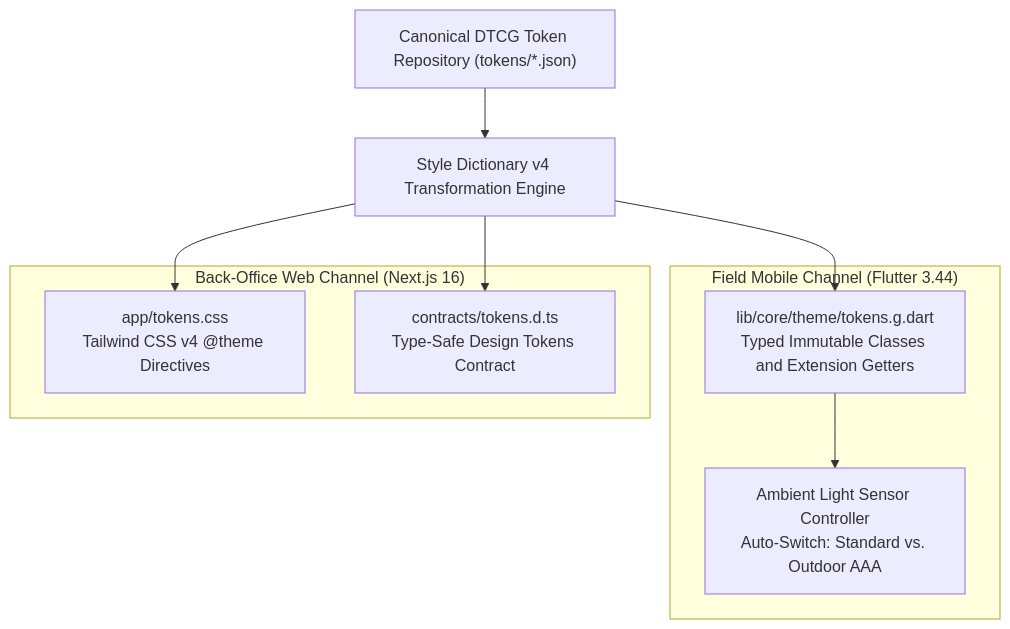
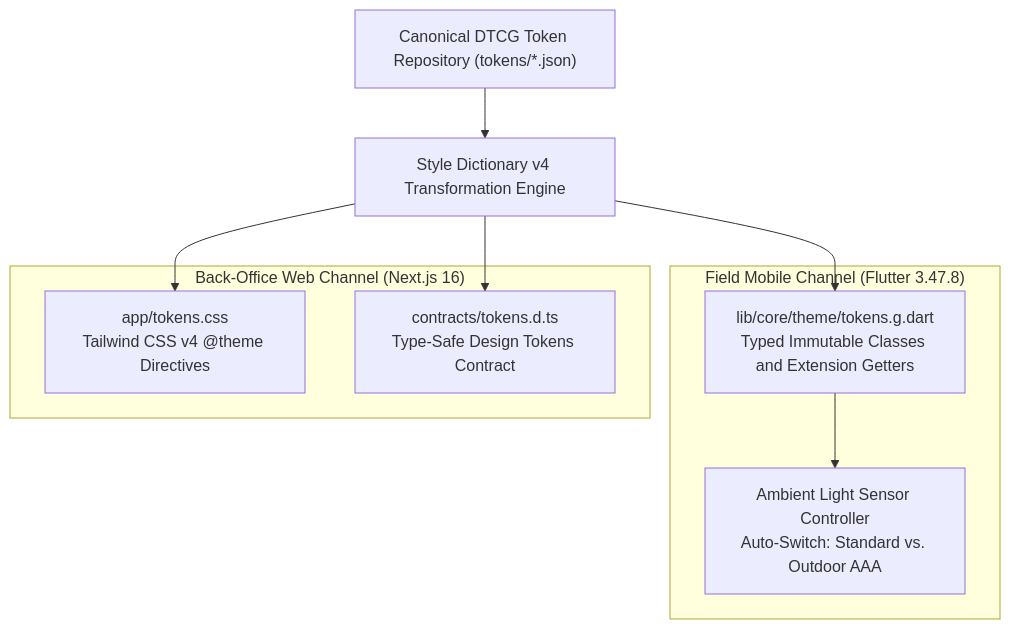
Before and after one commit to YDink/Heavy-Machinery-Logistics-Rental: the first of 8 diagrams in docs/shared/design/02-tokens-and-accessibility.md, drawn with Mermaid. The commit also changed other lines of this file and 212 other files, not shown here.

````diff
--- a/docs/shared/design/02-tokens-and-accessibility.md
+++ b/docs/shared/design/02-tokens-and-accessibility.md
@@ -92,23 +92,23 @@
 ```mermaid
 flowchart TD
     TokenRoot["Canonical DTCG Token Repository (tokens/*.json)"]
     
     Compiler["Style Dictionary v4 Transformation Engine"]
     
-    subgraph MobileOutput ["Field Mobile Channel (Flutter 3.44)"]
+    subgraph MobileOutput ["Field Mobile Channel (Flutter 3.47.8)"]
         DartTokens["lib/core/theme/tokens.g.dart<br/>Typed Immutable Classes and Extension Getters"]
         AmbientEngine["Ambient Light Sensor Controller<br/>Auto-Switch: Standard vs. Outdoor AAA"]
     end
 
     subgraph WebOutput ["Back-Office Web Channel (Next.js 16)"]
         TailwindTokens["app/tokens.css<br/>Tailwind CSS v4 @theme Directives"]
         TSTokens["contracts/tokens.d.ts<br/>Type-Safe Design Tokens Contract"]
     end
 
     TokenRoot --> Compiler
     Compiler --> DartTokens
     Compiler --> TailwindTokens
     Compiler --> TSTokens
 
     DartTokens --> AmbientEngine
 ```
````
